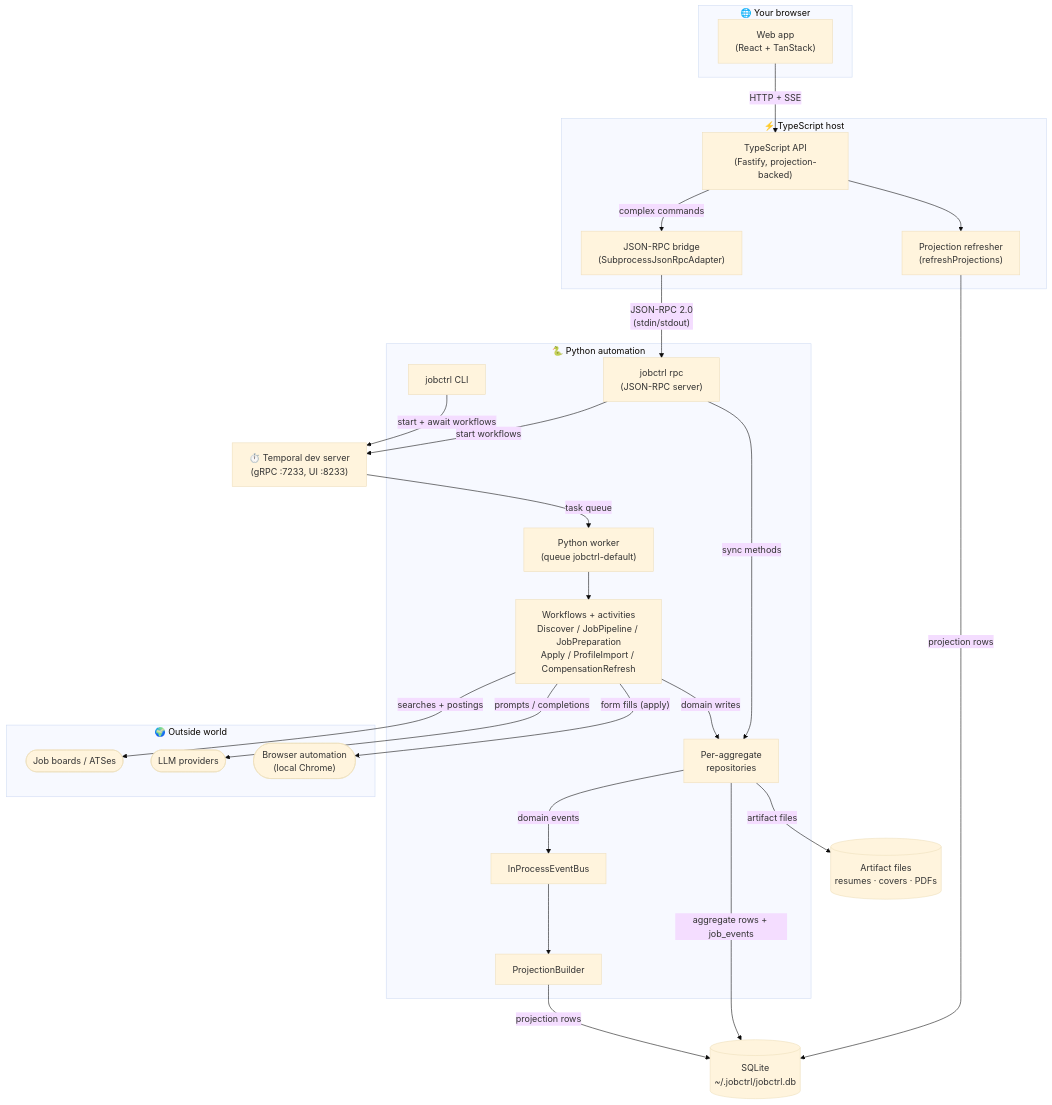
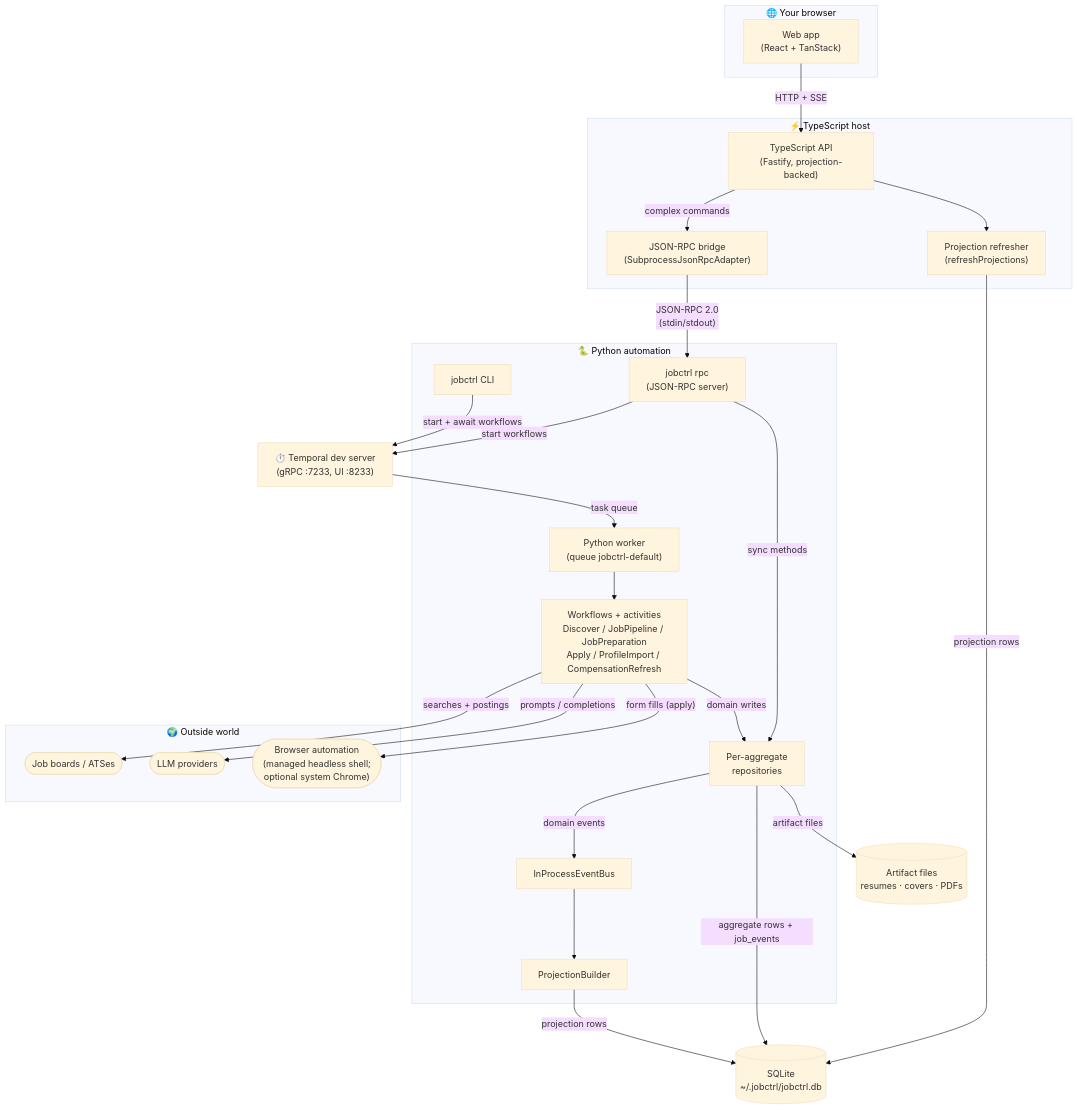
One commit to ebarti/JobCtrl changed the diagram in docs/architecture/index.md. Above: the diagram before and after it, drawn with Mermaid (base theme). The commit also changed other lines of this file and 22 other files, not shown here.

````diff
--- a/docs/architecture/index.md
+++ b/docs/architecture/index.md
@@ -13,55 +13,55 @@
 ```mermaid
 flowchart TD
   subgraph Client["🌐 Your browser"]
     Web["Web app<br/>(React + TanStack)"]
   end
   subgraph TS["⚡ TypeScript host"]
     Api["TypeScript API<br/>(Fastify, projection-backed)"]
     Projections["Projection refresher<br/>(refreshProjections)"]
     JsonRpc["JSON-RPC bridge<br/>(SubprocessJsonRpcAdapter)"]
   end
   subgraph Py["🐍 Python automation"]
     RpcSrv["jobctrl rpc<br/>(JSON-RPC server)"]
     Cli["jobctrl CLI"]
     Worker["Python worker<br/>(queue jobctrl-default)"]
     Workflows["Workflows + activities<br/>Discover / JobPipeline / JobPreparation<br/>Apply / ProfileImport / CompensationRefresh"]
     Bus["InProcessEventBus"]
     Repos["Per-aggregate<br/>repositories"]
     Builder["ProjectionBuilder"]
   end
   Temporal["⏱️ Temporal dev server<br/>(gRPC :7233, UI :8233)"]
   Db[("SQLite<br/>~/.jobctrl/jobctrl.db")]
   Files[("Artifact files<br/>resumes · covers · PDFs")]
   subgraph Ext["🌍 Outside world"]
     Boards(["Job boards / ATSes"])
     LLM(["LLM providers"])
-    Browser(["Browser automation<br/>(local Chrome)"])
+    Browser(["Browser automation<br/>(managed headless shell;<br/>optional system Chrome)"])
   end
 
   Web -- "HTTP + SSE" --> Api
   Api --> Projections
   Api -- "complex commands" --> JsonRpc
   Projections -- "projection rows" --> Db
   JsonRpc -- "JSON-RPC 2.0<br/>(stdin/stdout)" --> RpcSrv
   RpcSrv -- "start workflows" --> Temporal
   RpcSrv -- "sync methods" --> Repos
   Cli -- "start + await workflows" --> Temporal
   Temporal -- "task queue" --> Worker
   Worker --> Workflows
   Workflows -- "domain writes" --> Repos
   Repos -- "aggregate rows + job_events" --> Db
   Repos -- "domain events" --> Bus
   Bus --> Builder
   Builder -- "projection rows" --> Db
   Repos -- "artifact files" --> Files
   Workflows -- "searches + postings" --> Boards
   Workflows -- "prompts / completions" --> LLM
   Workflows -- "form fills (apply)" --> Browser
 
   class Web ui
   class Api,Projections,JsonRpc ts
   class RpcSrv,Cli,Worker,Workflows,Bus,Repos,Builder py
   class Temporal infra
   class Db,Files store
   class Boards,LLM,Browser ext
 ```
````
